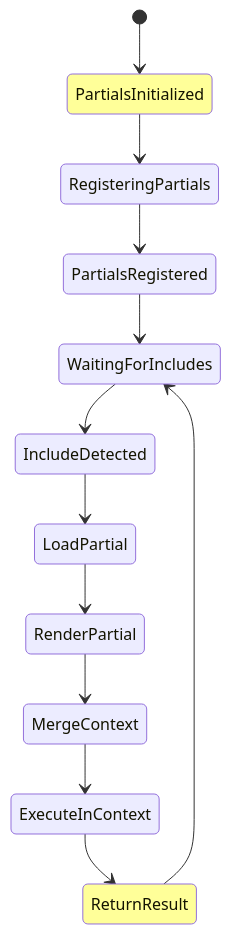
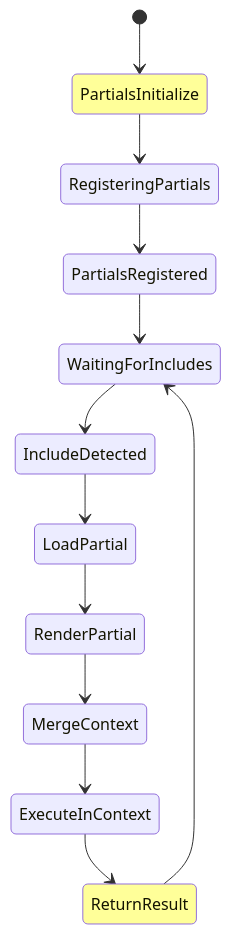
One commit to daredoes/linked-lovelace-ui changed the ninth of 22 diagrams in docs_site/api-evolution.md. Above: the diagram before and after it, drawn with Mermaid. The commit also changed other lines of this file and 1 other file, not shown here.

First line of the commit message:
Fix all Mermaid diagram syntax errors for v11.12.3 compatibility

````diff
--- a/docs_site/api-evolution.md
+++ b/docs_site/api-evolution.md
@@ -208,27 +204,21 @@
 ```mermaid
 stateDiagram
-    [*] --> PartialsInitialized
-    
-    PartialsInitialized --> RegisteringPartials
+    [*] --> PartialsInitialize
+    PartialsInitialize --> RegisteringPartials
     
     RegisteringPartials --> PartialsRegistered
-    
     PartialsRegistered --> WaitingForIncludes
     
     WaitingForIncludes --> IncludeDetected
-    
     IncludeDetected --> LoadPartial
-    
     LoadPartial --> RenderPartial
     
     RenderPartial --> MergeContext
-    
     MergeContext --> ExecuteInContext
-    
     ExecuteInContext --> ReturnResult
     
     ReturnResult --> WaitingForIncludes
     
-    style PartialsInitialized fill:#ff9
+    style PartialsInitialize fill:#ff9
     style ReturnResult fill:#ff9
 ```
````
